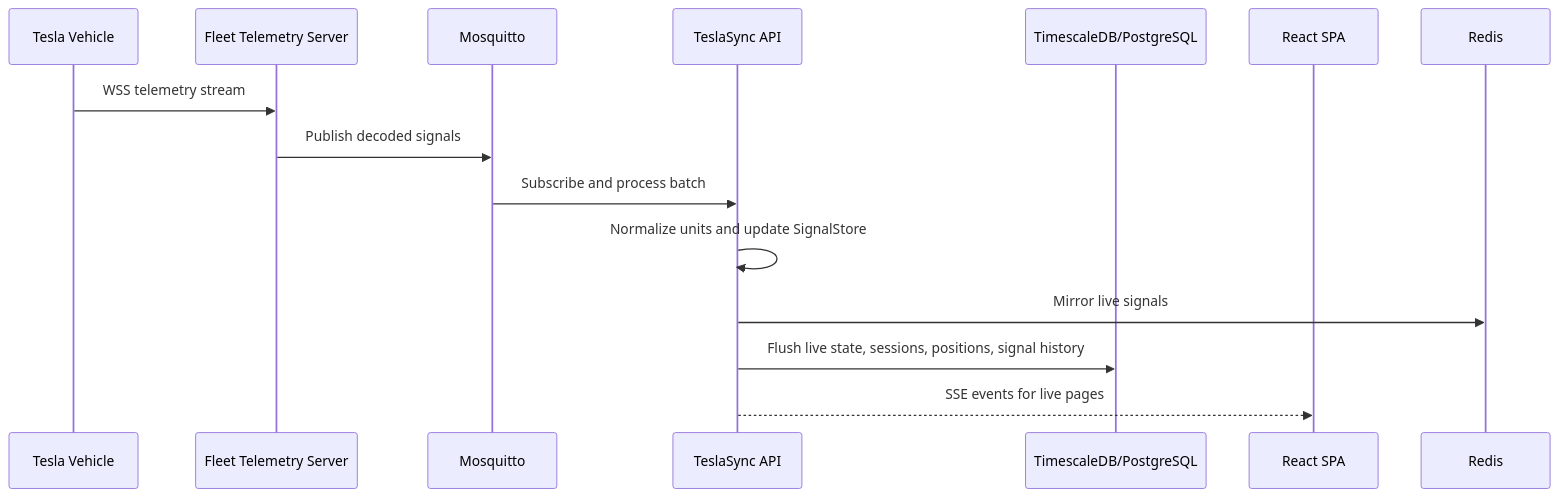
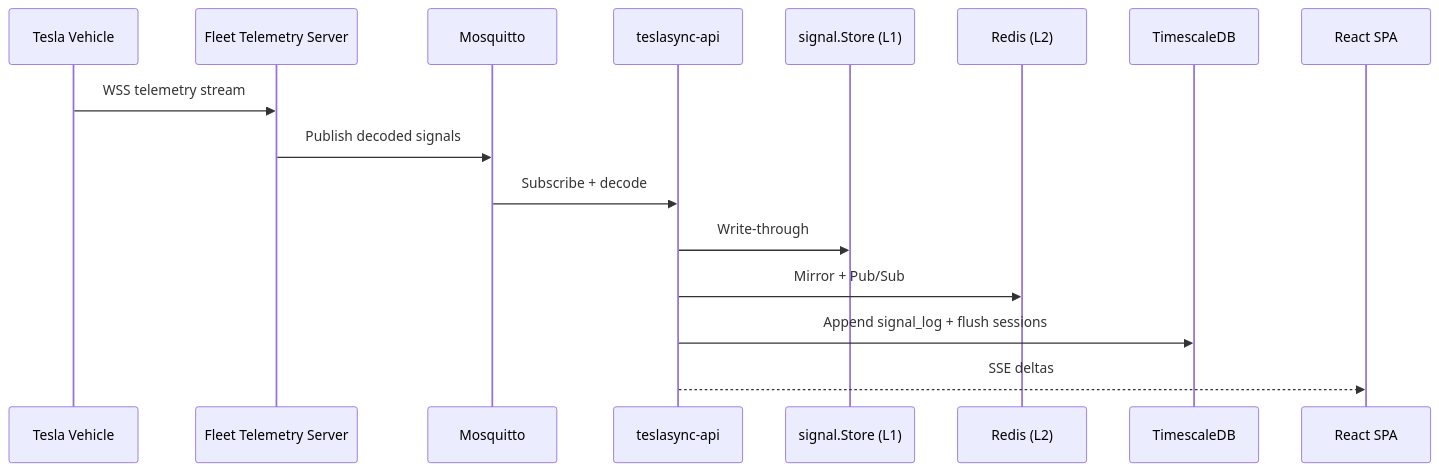
The second of 8 diagrams in docs/guide/diagrams.md (ev-dev-labs/teslasync), drawn with Mermaid before and after one commit. The commit also changed other lines of this file and 35 other files, not shown here.

````diff
--- a/docs/guide/diagrams.md
+++ b/docs/guide/diagrams.md
@@ -29,17 +31,19 @@
 ```mermaid
 sequenceDiagram
     participant Vehicle as Tesla Vehicle
     participant FT as Fleet Telemetry Server
     participant MQTT as Mosquitto
-    participant API as TeslaSync API
-    participant DB as TimescaleDB/PostgreSQL
+    participant API as teslasync-api
+    participant L1 as signal.Store (L1)
+    participant L2 as Redis (L2)
+    participant DB as TimescaleDB
     participant UI as React SPA
 
     Vehicle->>FT: WSS telemetry stream
     FT->>MQTT: Publish decoded signals
-    MQTT->>API: Subscribe and process batch
-    API->>API: Normalize units and update SignalStore
-    API->>Redis: Mirror live signals
-    API->>DB: Flush live state, sessions, positions, signal history
-    API-->>UI: SSE events for live pages
+    MQTT->>API: Subscribe + decode
+    API->>L1: Write-through
+    API->>L2: Mirror + Pub/Sub
+    API->>DB: Append signal_log + flush sessions
+    API-->>UI: SSE deltas
 ```
````
